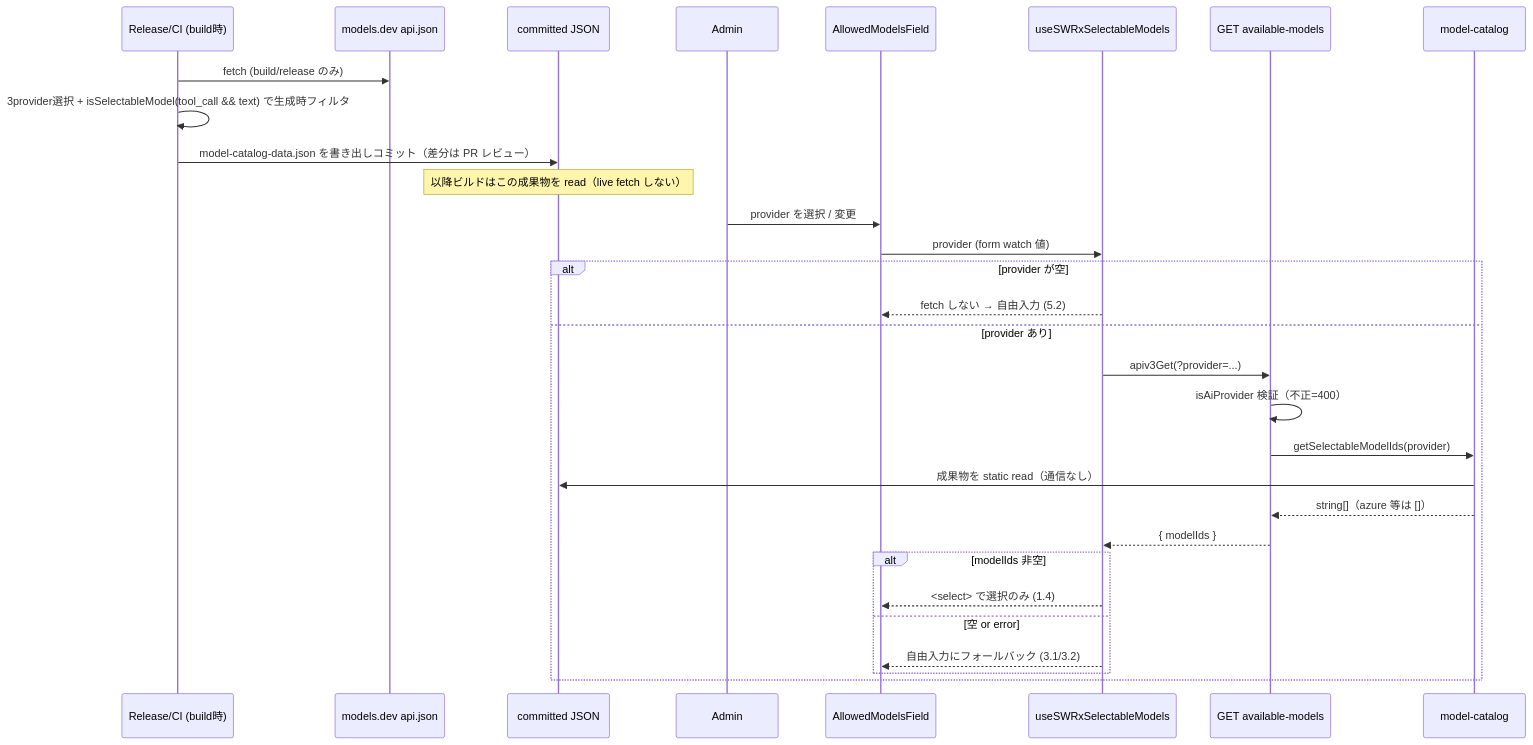
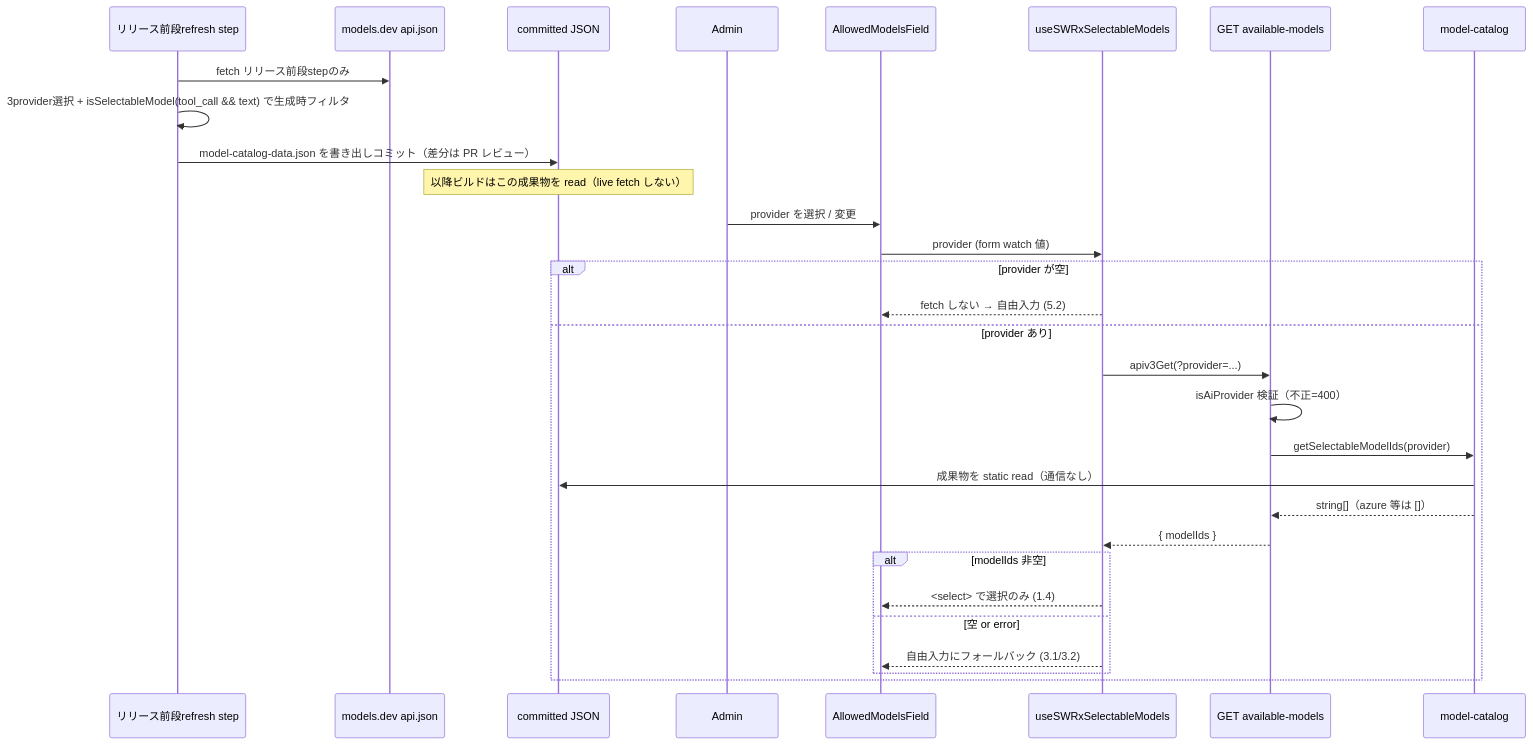
The second of 2 diagrams in .kiro/specs/ai-settings-model-picker/design.md (growilabs/growi), drawn with Mermaid before and after one commit. The commit also changed other lines of this file and 2 other files, not shown here.

Commit message:
feat(ai-settings-model-picker): refine release workflow for model vendoring and update tasks

````diff
--- a/.kiro/specs/ai-settings-model-picker/design.md
+++ b/.kiro/specs/ai-settings-model-picker/design.md
@@ -149,33 +149,33 @@
 ```mermaid
 sequenceDiagram
-    participant Rel as Release/CI (build時)
+    participant Rel as リリース前段refresh step
     participant MD as models.dev api.json
     participant Repo as committed JSON
-    Rel->>MD: fetch (build/release のみ)
+    Rel->>MD: fetch リリース前段stepのみ
     Rel->>Rel: 3provider選択 + isSelectableModel(tool_call && text) で生成時フィルタ
     Rel->>Repo: model-catalog-data.json を書き出しコミット（差分は PR レビュー）
     Note over Repo: 以降ビルドはこの成果物を read（live fetch しない）
 
     participant Admin
     participant Field as AllowedModelsField
     participant Hook as useSWRxSelectableModels
     participant API as GET available-models
     participant Cat as model-catalog
     Admin->>Field: provider を選択 / 変更
     Field->>Hook: provider (form watch 値)
     alt provider が空
         Hook-->>Field: fetch しない → 自由入力 (5.2)
     else provider あり
         Hook->>API: apiv3Get(?provider=...)
         API->>API: isAiProvider 検証（不正=400）
         API->>Cat: getSelectableModelIds(provider)
         Cat->>Repo: 成果物を static read（通信なし）
         Cat-->>API: string[]（azure 等は []）
         API-->>Hook: { modelIds }
         alt modelIds 非空
             Hook-->>Field: <select> で選択のみ (1.4)
         else 空 or error
             Hook-->>Field: 自由入力にフォールバック (3.1/3.2)
         end
     end
 ```
````
